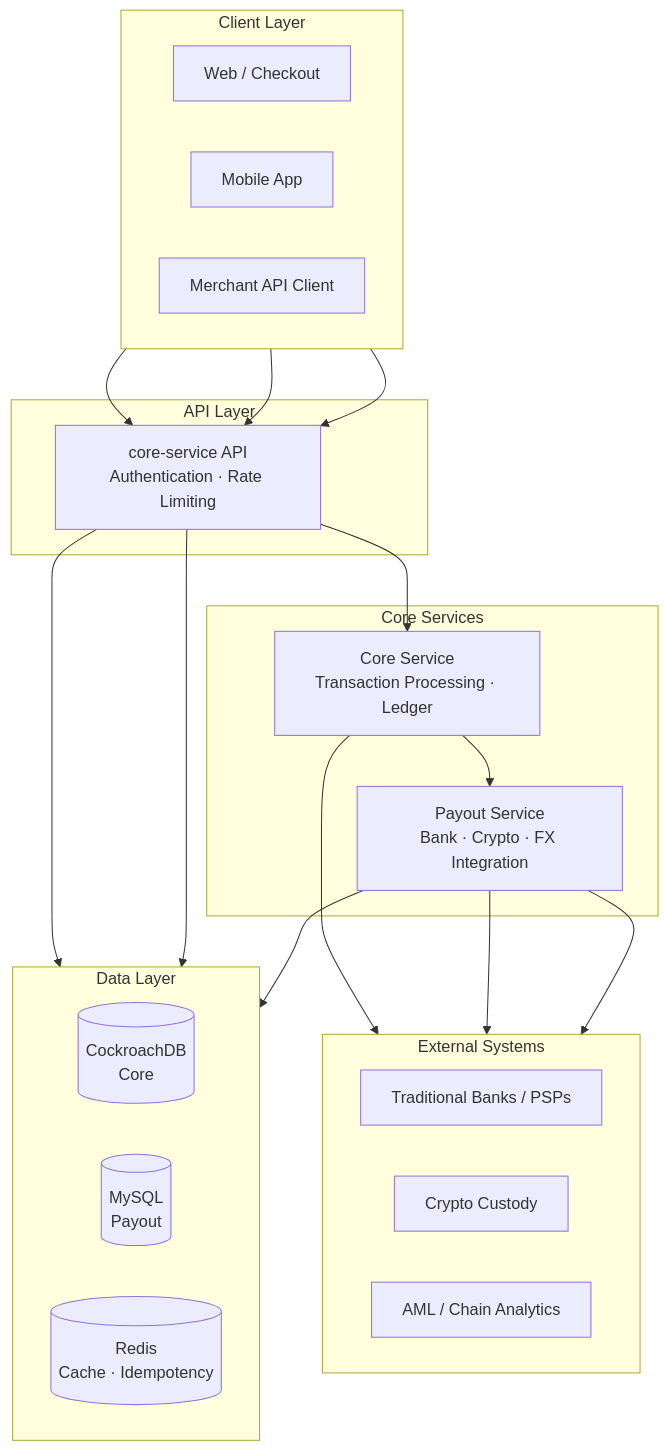
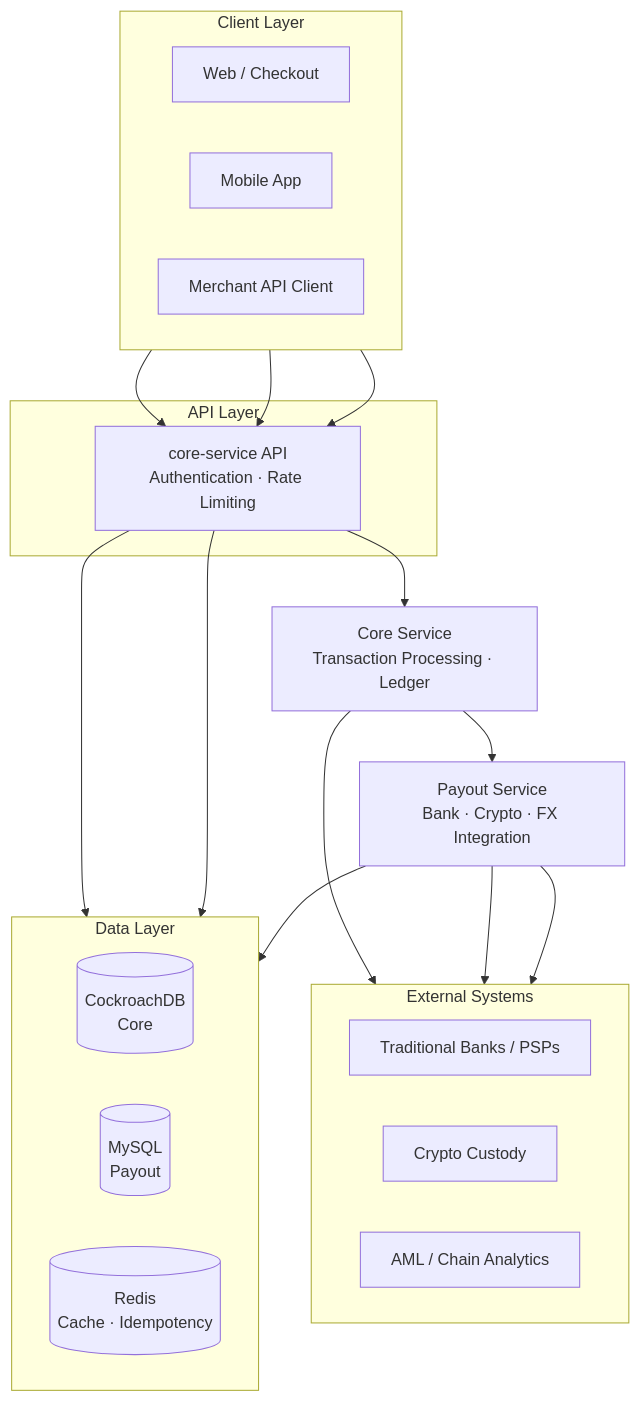
The first of 2 diagrams in README.md (Aibier/Aibier), drawn with Mermaid before and after one commit.

Commit message:
docs: ungroup Payout Service from Core Services box

````diff
--- a/README.md
+++ b/README.md
@@ -117,44 +117,42 @@
 ```mermaid
 flowchart TB
   subgraph CL["Client Layer"]
     direction LR
     WEB["Web / Checkout"]
     MOB["Mobile App"]
     API_C["Merchant API Client"]
   end
 
   subgraph AL["API Layer"]
     GW["core-service API<br/>Authentication · Rate Limiting"]
   end
 
-  subgraph CS["Core Services"]
-    CORE["Core Service<br/>Transaction Processing · Ledger"]
-    PAY["Payout Service<br/>Bank · Crypto · FX Integration"]
-  end
+  CORE["Core Service<br/>Transaction Processing · Ledger"]
+  PAY["Payout Service<br/>Bank · Crypto · FX Integration"]
 
   subgraph EXT["External Systems"]
     direction LR
     BANK["Traditional Banks / PSPs"]
     CRY["Crypto Custody"]
     AMLV["AML / Chain Analytics"]
   end
 
   subgraph DL["Data Layer"]
     direction LR
     CRDB[("CockroachDB<br/>Core")]
     MY[("MySQL<br/>Payout")]
     RD[("Redis<br/>Cache · Idempotency")]
   end
 
   WEB --> GW
   MOB --> GW
   API_C --> GW
   GW --> CORE
   CORE --> PAY
   CORE --> AMLV
   PAY --> BANK
   PAY --> CRY
   GW --> CRDB
   GW --> RD
   PAY --> MY
 ```
````
